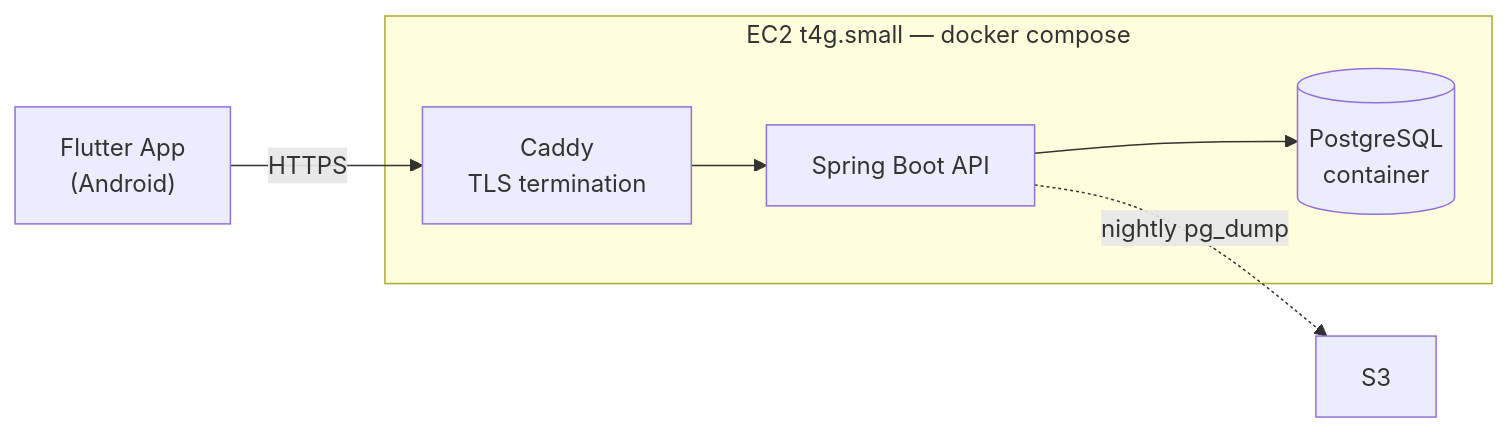
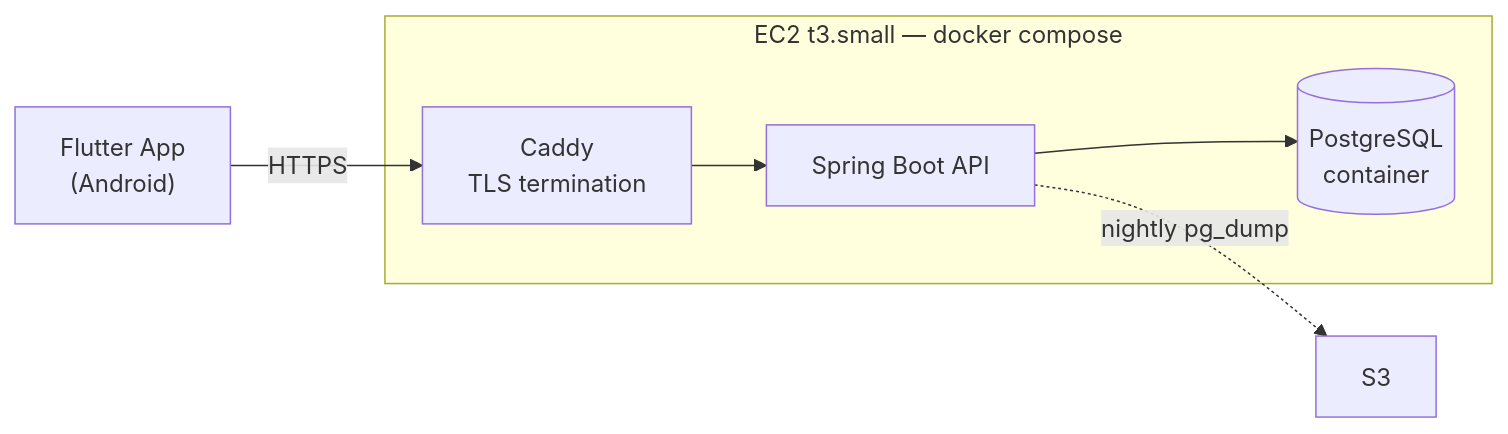
Before and after one commit to Juniorrek/papapreco: the first of 2 diagrams in docs/ROADMAP.md, drawn with Mermaid. The commit also changed other lines of this file, not shown here.

First line of the commit message:
docs: target x86_64 t3.small rather than Graviton

````diff
--- a/docs/ROADMAP.md
+++ b/docs/ROADMAP.md
@@ -107,9 +107,9 @@
 ```mermaid
 flowchart LR
     App["Flutter App<br/>(Android)"] -->|HTTPS| Caddy["Caddy<br/>TLS termination"]
-    subgraph EC2["EC2 t4g.small — docker compose"]
+    subgraph EC2["EC2 t3.small — docker compose"]
         Caddy --> API["Spring Boot API"]
         API --> DB[("PostgreSQL<br/>container")]
     end
     API -.nightly pg_dump.-> S3["S3"]
 ```
````
